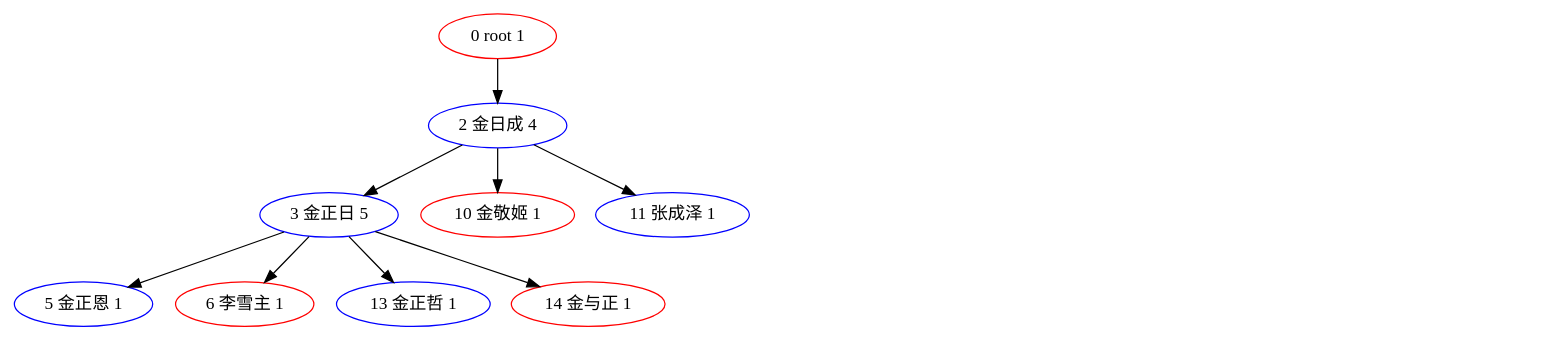
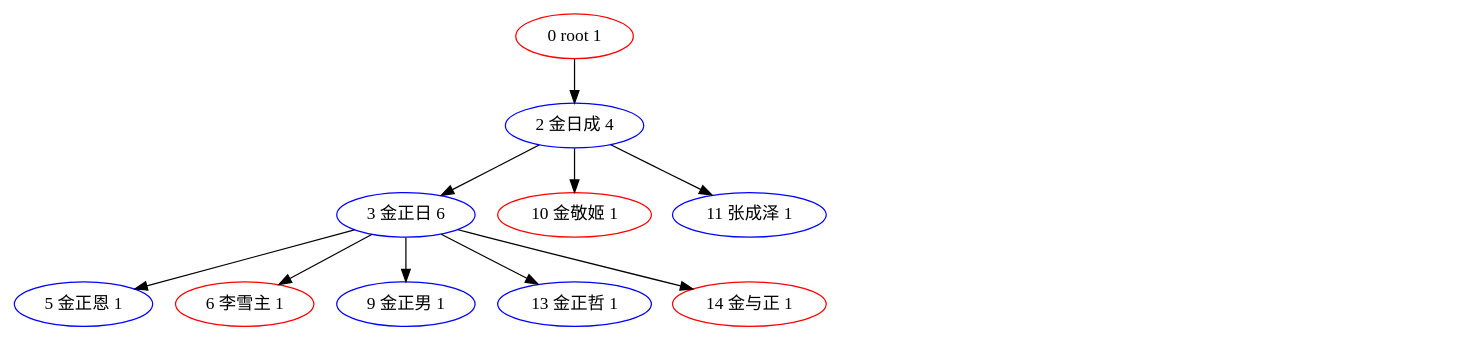
One commit to MrFive5555/zokufu changed the diagram in dot/tree.dot. Above: the diagram before and after it, drawn with Graphviz. The commit also changed 17 other files, not shown here.

```diff
--- a/dot/tree.dot
+++ b/dot/tree.dot
@@ -1,25 +1,26 @@
 digraph G {
 0[label="0 root 1",color=red,style=solid];
 1[label="1 金英淑 0",color=red,style=invis];
 2[label="2 金日成 4",color=blue,style=solid];
-3[label="3 金正日 5",color=blue,style=solid];
+3[label="3 金正日 6",color=blue,style=solid];
 4[label="4 高英姫 0",color=red,style=invis];
 5[label="5 金正恩 1",color=blue,style=solid];
 6[label="6 李雪主 1",color=red,style=solid];
 7[label="7 金主爱 0",color=red,style=invis];
 8[label="8 成蕙琳 0",color=red,style=invis];
-9[label="9 金正男 0",color=blue,style=invis];
+9[label="9 金正男 1",color=blue,style=solid];
 10[label="10 金敬姬 1",color=red,style=solid];
 11[label="11 张成泽 1",color=blue,style=solid];
 12[label="12 金雪松 0",color=red,style=invis];
 13[label="13 金正哲 1",color=blue,style=solid];
 14[label="14 金与正 1",color=red,style=solid];
 0->2 ;
 2->3 ;
 2->10 ;
 2->11 ;
 3->13 ;
 3->5 ;
 3->6 ;
 3->14 ;
+3->9 ;
 }
```
